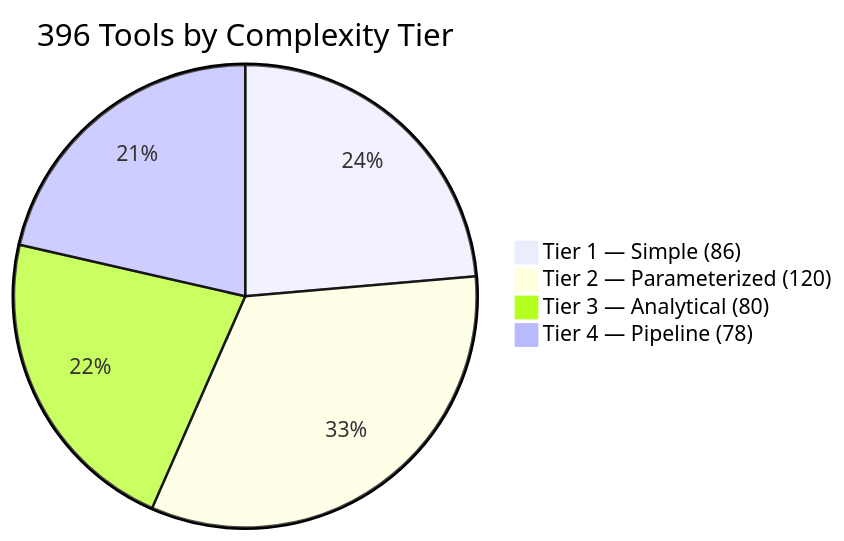
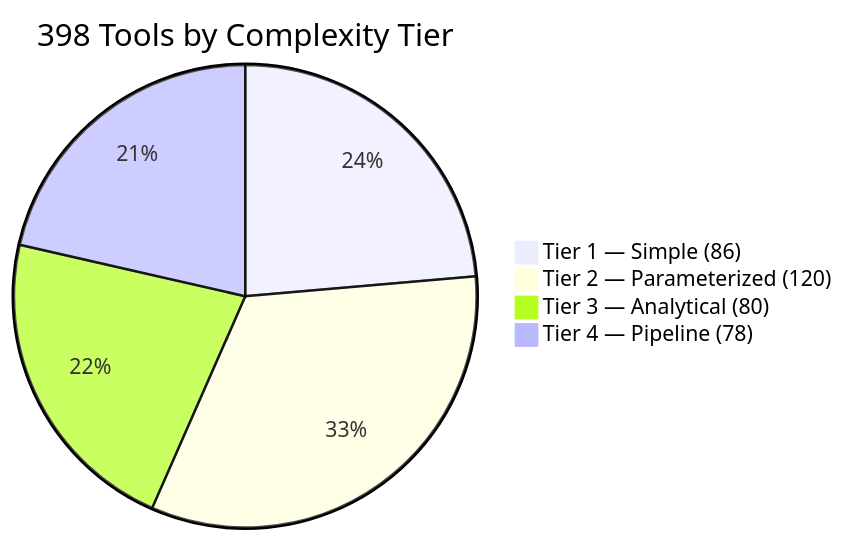
One commit to pollmap/nexus-finance-mcp changed the fifth of 6 diagrams in docs/DATA_FLOW.md. Above: the diagram before and after it, drawn with Mermaid. The commit also changed other lines of this file and 9 other files, not shown here.

````diff
--- a/docs/DATA_FLOW.md
+++ b/docs/DATA_FLOW.md
@@ -268,7 +268,7 @@
 ```mermaid
-pie title 396 Tools by Complexity Tier
+pie title 398 Tools by Complexity Tier
     "Tier 1 — Simple (86)" : 86
     "Tier 2 — Parameterized (120)" : 120
     "Tier 3 — Analytical (80)" : 80
     "Tier 4 — Pipeline (78)" : 78
 ```
````
